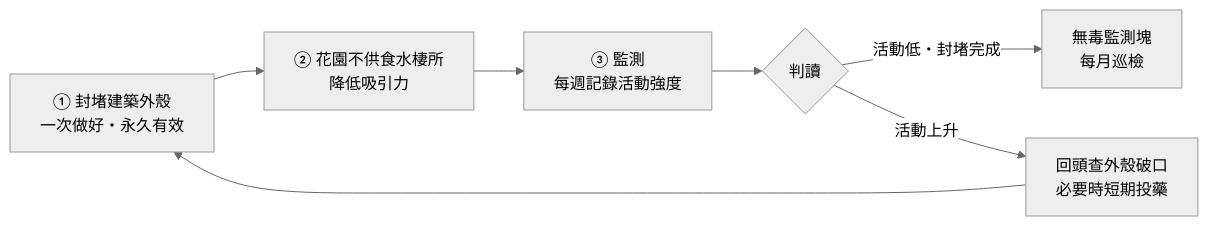
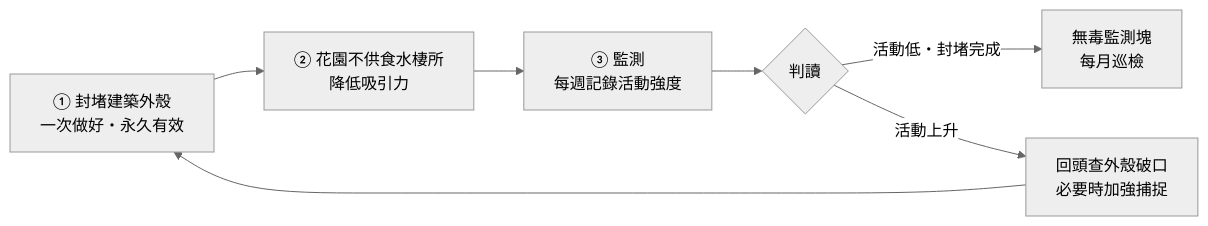
One commit to culturalcity/culturalcity.github.io changed the diagram in src/admin/staff/rodent-control.md. Above: the diagram before and after it, drawn with Mermaid (neutral theme). The commit also changed other lines of this file, not shown here.

````diff
--- a/src/admin/staff/rodent-control.md
+++ b/src/admin/staff/rodent-control.md
@@ -75,9 +72,9 @@
 ```mermaid
 graph LR
     A["① 封堵建築外殼<br/>一次做好・永久有效"] --> B["② 花園不供食水棲所<br/>降低吸引力"]
     B --> C["③ 監測<br/>每週記錄活動強度"]
     C --> D{"判讀"}
     D -->|"活動低・封堵完成"| E["無毒監測塊<br/>每月巡檢"]
-    D -->|"活動上升"| F["回頭查外殼破口<br/>必要時短期投藥"]
+    D -->|"活動上升"| F["回頭查外殼破口<br/>必要時加強捕捉"]
     F --> A
 ```
````
